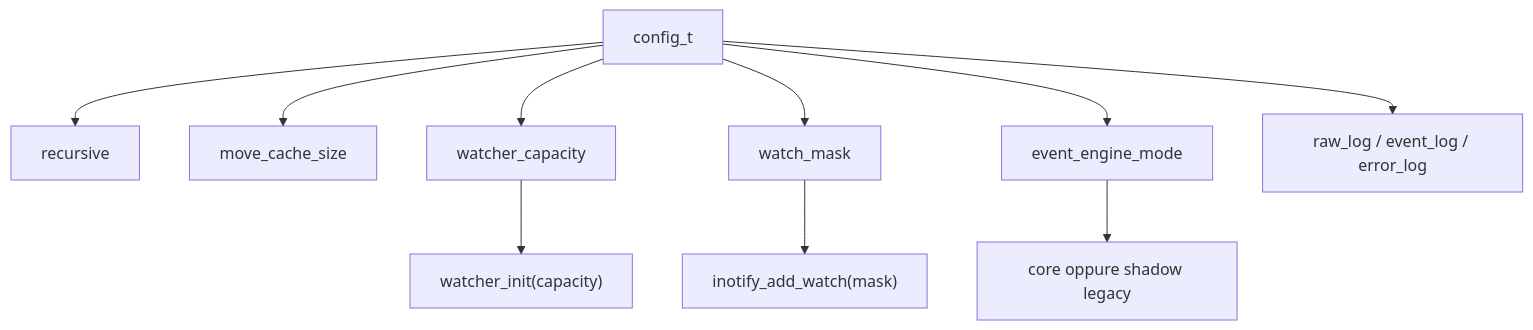
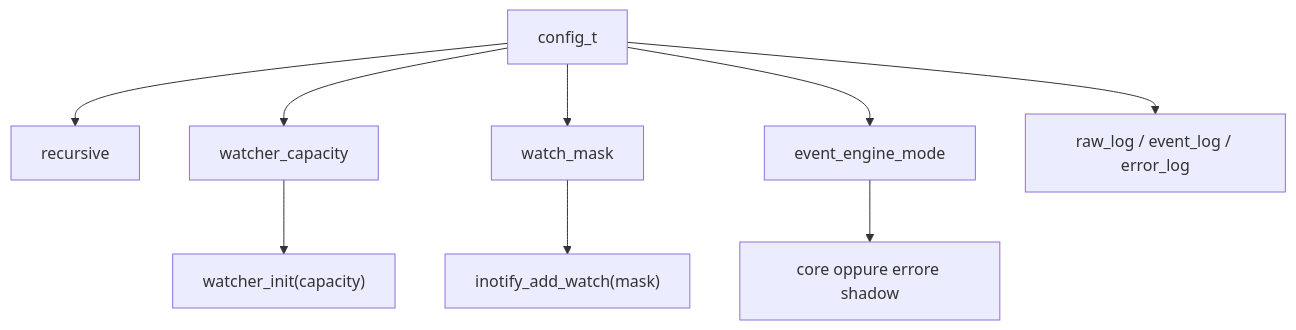
One commit to kinderp/alfred changed the eighth of 17 diagrams in docs/it/16-mappa-codice-e-strutture.md. Above: the diagram before and after it, drawn with Mermaid. The commit also changed other lines of this file and 25 other files, not shown here.

````diff
--- a/docs/it/16-mappa-codice-e-strutture.md
+++ b/docs/it/16-mappa-codice-e-strutture.md
@@ -506,13 +503,12 @@
 ```mermaid
 flowchart TD
     A["config_t"] --> B["recursive"]
-    A --> C["move_cache_size"]
-    A --> D["watcher_capacity"]
-    A --> E["watch_mask"]
-    A --> F["event_engine_mode"]
-    A --> G["raw_log / event_log / error_log"]
+    A --> C["watcher_capacity"]
+    A --> D["watch_mask"]
+    A --> E["event_engine_mode"]
+    A --> F["raw_log / event_log / error_log"]
 
-    D --> H["watcher_init(capacity)"]
-    E --> I["inotify_add_watch(mask)"]
-    F --> L["core oppure shadow legacy"]
+    C --> G["watcher_init(capacity)"]
+    D --> H["inotify_add_watch(mask)"]
+    E --> I["core oppure errore shadow"]
 ```
````
